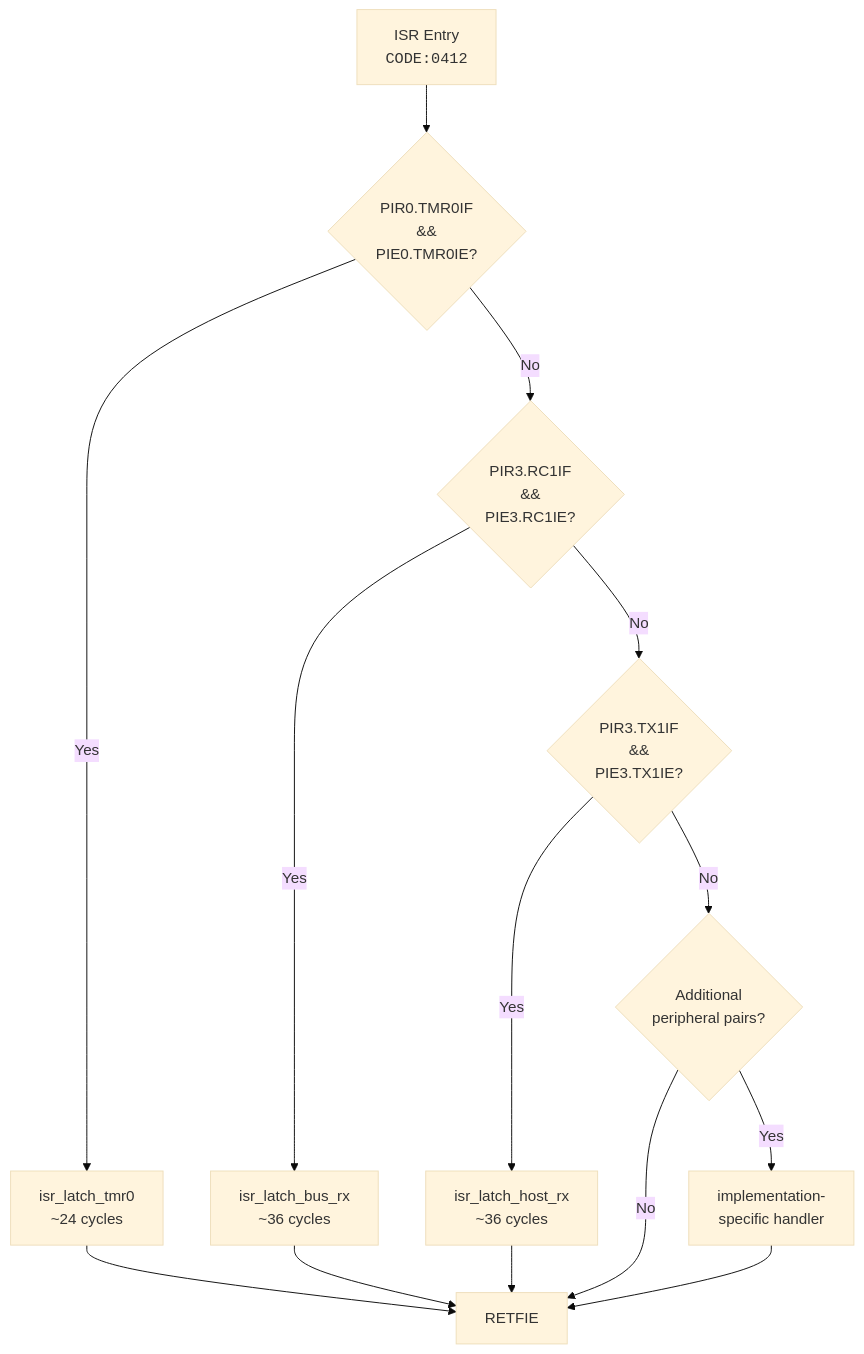
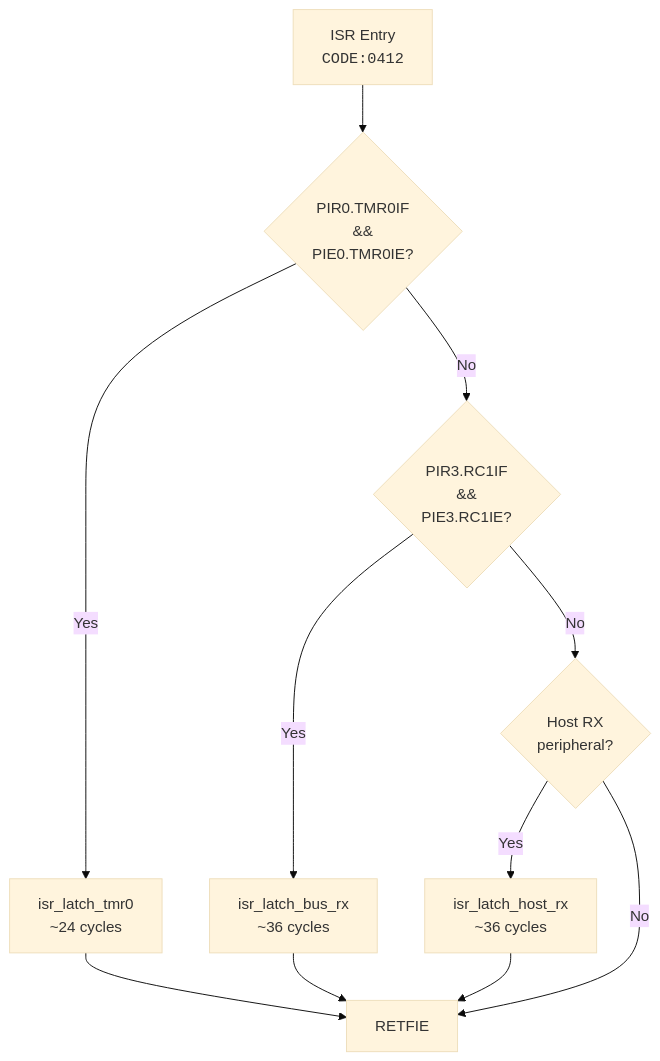
Before and after one commit to Project-Helianthus/helianthus-docs-ebus: the diagram in firmware/pic16f15356-registers.md, drawn with Mermaid (base theme). The commit also changed other lines of this file and 1 other file, not shown here.

Commit message:
docs: fix 3 review comments from Codex
1. Descriptor base table: remove formula-derived addr_lo/addr_hi columns
   that were inconsistent with the lookup cursor values. Table now shows
   only the pre-computed lookup values from the original binary.

2. Default baud rate: 32 MHz / (4 * 833) = ~9604 (+0.04%), not ~9615
   (+0.16%). Fixed in both registers.md and timing.md.

3. ISR dispatcher diagram: removed TX1IF mapping to isr_latch_host_rx
   (TX interrupt is transmit-complete, not receive). Replaced with
   generic "Host RX peripheral" label since the exact PIR/PIE pair for
   the host channel is not fully recovered. Added note: no TX interrupt
   handler exists, transmit is polled.

````diff
--- a/firmware/pic16f15356-registers.md
+++ b/firmware/pic16f15356-registers.md
@@ -112,15 +112,13 @@
 ```mermaid
 flowchart TD
     ISR["ISR Entry<br/><code>CODE:0412</code>"] --> TMR{"PIR0.TMR0IF<br/>&&<br/>PIE0.TMR0IE?"}
     TMR -->|Yes| TMR_H["isr_latch_tmr0<br/>~24 cycles"]
-    TMR -->|No| RX{"PIR3.RC1IF<br/>&&<br/>PIE3.RC1IE?"}
-    RX -->|Yes| RX_H["isr_latch_bus_rx<br/>~36 cycles"]
-    RX -->|No| TX{"PIR3.TX1IF<br/>&&<br/>PIE3.TX1IE?"}
-    TX -->|Yes| TX_H["isr_latch_host_rx<br/>~36 cycles"]
-    TX -->|No| OTHER{"Additional<br/>peripheral pairs?"}
-    OTHER -->|No| RET["RETFIE"]
+    TMR -->|No| BUS{"PIR3.RC1IF<br/>&&<br/>PIE3.RC1IE?"}
+    BUS -->|Yes| BUS_H["isr_latch_bus_rx<br/>~36 cycles"]
+    BUS -->|No| HOST{"Host RX<br/>peripheral?"}
+    HOST -->|Yes| HOST_H["isr_latch_host_rx<br/>~36 cycles"]
+    HOST -->|No| RET["RETFIE"]
     TMR_H --> RET
-    RX_H --> RET
-    TX_H --> RET
-    OTHER -->|Yes| OTH_H["implementation-<br/>specific handler"] --> RET
+    BUS_H --> RET
+    HOST_H --> RET
 ```
````
